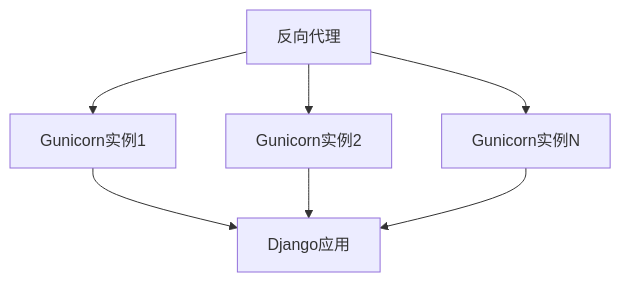
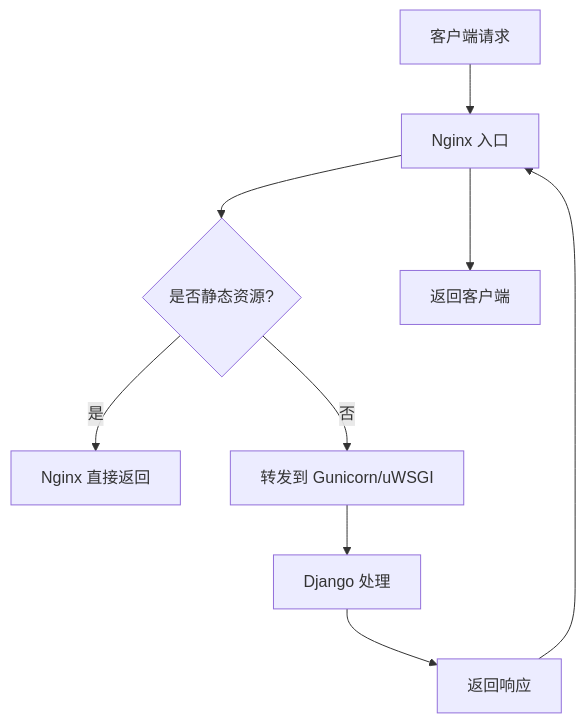
Before and after one commit to Blaipchi/LLM_AIfriends: the fifth of 6 diagrams in .qoder/repowiki/zh/content/部署指南/生产环境部署.md, drawn with Mermaid. The commit also changed other lines of this file and 89 other files, not shown here.

````diff
--- a/.qoder/repowiki/zh/content/部署指南/生产环境部署.md
+++ b/.qoder/repowiki/zh/content/部署指南/生产环境部署.md
@@ -207,9 +181,11 @@
 ```mermaid
-graph TB
-RP["反向代理"] --> G1["Gunicorn实例1"]
-RP --> G2["Gunicorn实例2"]
-RP --> G3["Gunicorn实例N"]
-G1 --> DJ["Django应用"]
-G2 --> DJ
-G3 --> DJ
+flowchart TD
+A["客户端请求"] --> B["Nginx 入口"]
+B --> C{"是否静态资源?"}
+C --> |是| D["Nginx 直接返回"]
+C --> |否| E["转发到 Gunicorn/uWSGI"]
+E --> F["Django 处理"]
+F --> G["返回响应"]
+G --> B
+B --> H["返回客户端"]
 ```
````
